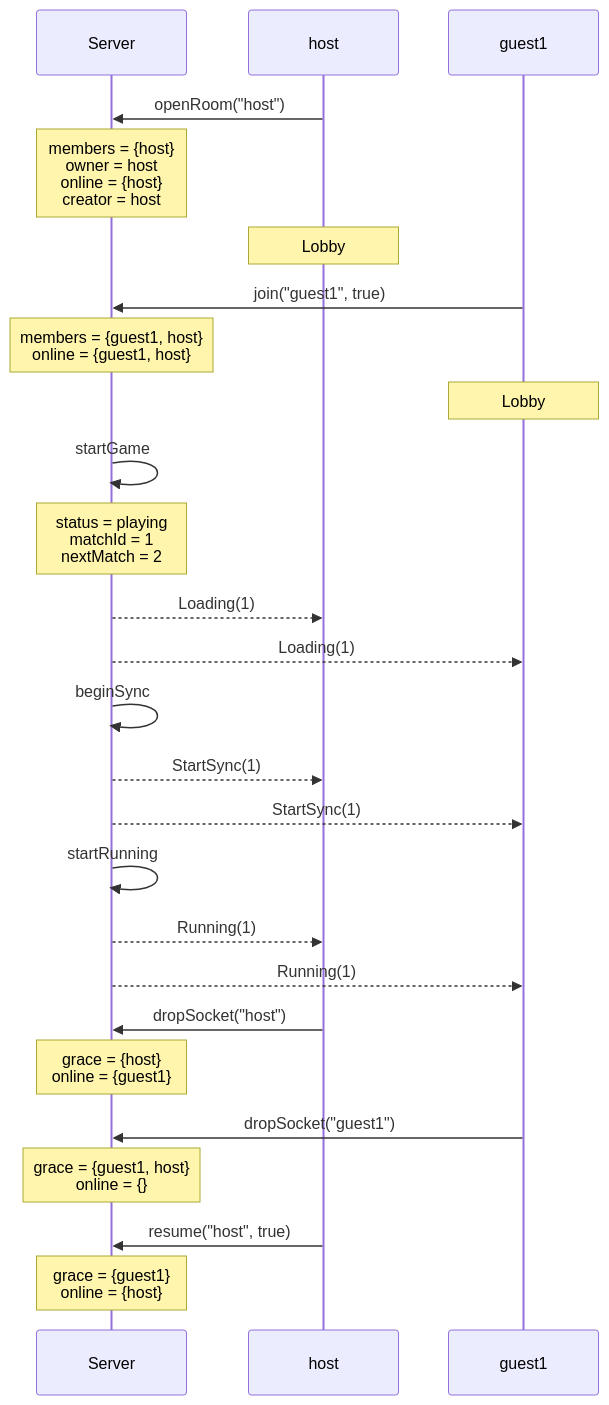
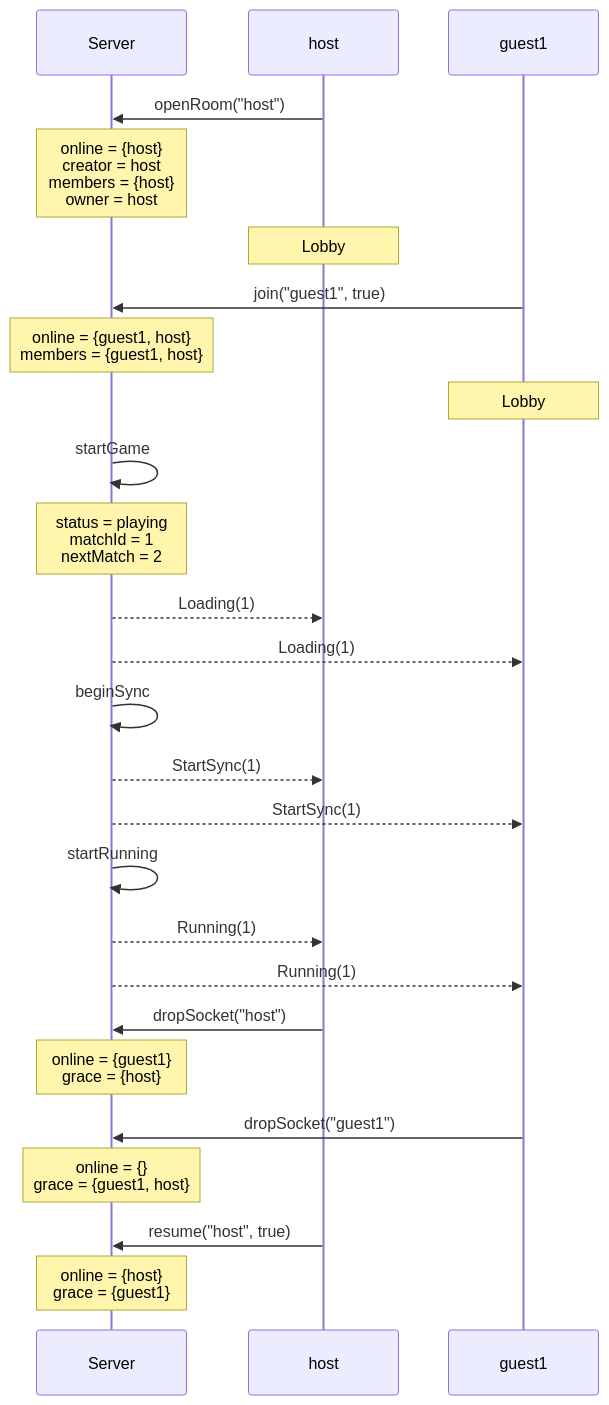
Before and after one commit to kwilson21/kaillera-next: the eighth of 29 diagrams in docs/spec-traces.md, drawn with Mermaid. The commit also changed other lines of this file and 15 other files, not shown here.

````diff
--- a/docs/spec-traces.md
+++ b/docs/spec-traces.md
@@ -173,28 +173,28 @@
 ```mermaid
 sequenceDiagram
   participant Server
   participant host
   participant guest1
   host->>Server: openRoom("host")
-  Note over Server: members = {host}<br/>owner = host<br/>online = {host}<br/>creator = host
+  Note over Server: online = {host}<br/>creator = host<br/>members = {host}<br/>owner = host
   Note over host: Lobby
   guest1->>Server: join("guest1", true)
-  Note over Server: members = {guest1, host}<br/>online = {guest1, host}
+  Note over Server: online = {guest1, host}<br/>members = {guest1, host}
   Note over guest1: Lobby
   Server->>Server: startGame
   Note over Server: status = playing<br/>matchId = 1<br/>nextMatch = 2
   Server-->>host: Loading(1)
   Server-->>guest1: Loading(1)
   Server->>Server: beginSync
   Server-->>host: StartSync(1)
   Server-->>guest1: StartSync(1)
   Server->>Server: startRunning
   Server-->>host: Running(1)
   Server-->>guest1: Running(1)
   host->>Server: dropSocket("host")
-  Note over Server: grace = {host}<br/>online = {guest1}
+  Note over Server: online = {guest1}<br/>grace = {host}
   guest1->>Server: dropSocket("guest1")
-  Note over Server: grace = {guest1, host}<br/>online = {}
+  Note over Server: online = {}<br/>grace = {guest1, host}
   host->>Server: resume("host", true)
-  Note over Server: grace = {guest1}<br/>online = {host}
+  Note over Server: online = {host}<br/>grace = {guest1}
 ```
````
